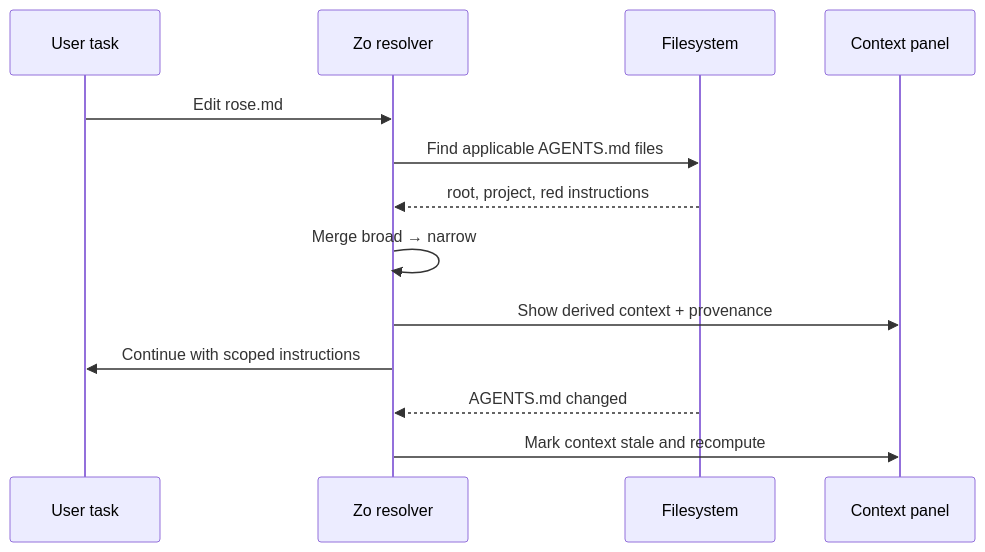
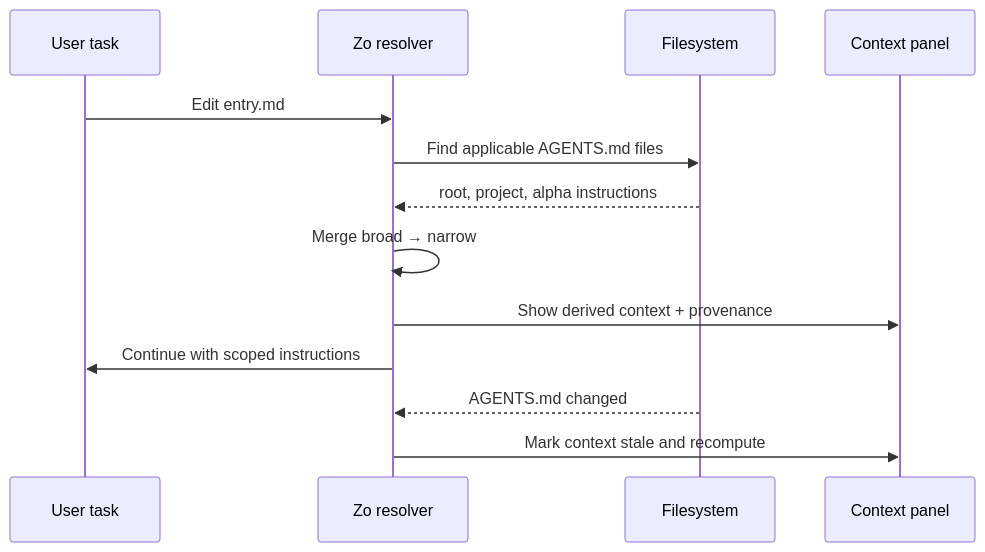
One commit to EthanThatOneKid/zocomputer-agents.md changed the fourth of 4 diagrams in README.md. Above: the diagram before and after it, drawn with Mermaid. The commit also changed other lines of this file, not shown here.

First line of the commit message:
docs: use alpha/entry.md in README examples instead of red/rose.md

````diff
--- a/README.md
+++ b/README.md
@@ -131,16 +130,16 @@
 ```mermaid
 sequenceDiagram
     participant U as User task
     participant Z as Zo resolver
     participant FS as Filesystem
     participant C as Context panel
 
-    U->>Z: Edit rose.md
+    U->>Z: Edit entry.md
     Z->>FS: Find applicable AGENTS.md files
-    FS-->>Z: root, project, red instructions
+    FS-->>Z: root, project, alpha instructions
     Z->>Z: Merge broad → narrow
     Z->>C: Show derived context + provenance
     Z->>U: Continue with scoped instructions
     FS-->>Z: AGENTS.md changed
     Z->>C: Mark context stale and recompute
 ```
````
